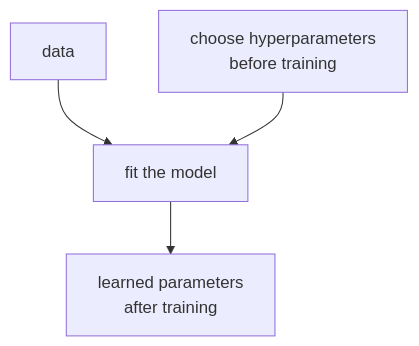
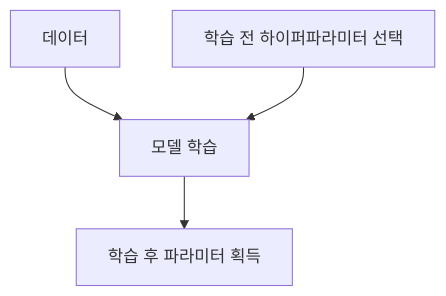
One commit to devchan64/AiBook changed the first of 2 diagrams in docs/parts/part-04/chapter-09/section-01.md. Above: the diagram before and after it, drawn with Mermaid. The commit also changed other lines of this file and 138 other files, not shown here.

````diff
--- a/docs/parts/part-04/chapter-09/section-01.md
+++ b/docs/parts/part-04/chapter-09/section-01.md
@@ -100,11 +100,11 @@
 ```mermaid
 flowchart TD
-  A["data"]
-  B["choose hyperparameters<br/>before training"]
-  C["fit the model"]
-  D["learned parameters<br/>after training"]
+  A["데이터"]
+  B["학습 전 하이퍼파라미터 선택"]
+  C["모델 학습"]
+  D["학습 후 파라미터 획득"]
 
   A --> C
   B --> C
   C --> D
 ```
````
